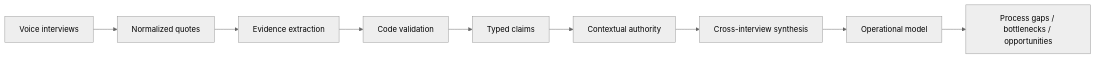
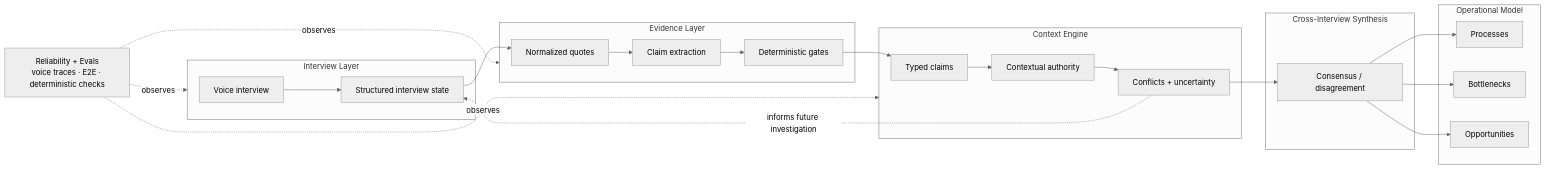
Before and after one commit to isidropasman/plexo-engineering: the diagram in README.md, drawn with Mermaid (neutral theme). The commit also changed other lines of this file, not shown here.

Commit message:
docs: make context engine the Plexo showcase thesis

````diff
--- a/README.md
+++ b/README.md
@@ -30,11 +21,44 @@
 ```mermaid
 flowchart LR
-    A[Voice interviews] --> B[Normalized quotes]
-    B --> C[Evidence extraction]
-    C --> D[Code validation]
-    D --> E[Typed claims]
-    E --> F[Contextual authority]
-    F --> G[Cross-interview synthesis]
-    G --> H[Operational model]
-    H --> I[Process gaps / bottlenecks / opportunities]
+    subgraph I[Interview Layer]
+      V[Voice interview]
+      S[Structured interview state]
+      V --> S
+    end
+
+    subgraph E[Evidence Layer]
+      Q[Normalized quotes]
+      X[Claim extraction]
+      G[Deterministic gates]
+      Q --> X --> G
+    end
+
+    subgraph C[Context Engine]
+      CL[Typed claims]
+      A[Contextual authority]
+      CF[Conflicts + uncertainty]
+      CL --> A --> CF
+    end
+
+    subgraph XS[Cross-Interview Synthesis]
+      SY[Consensus / disagreement]
+    end
+
+    subgraph O[Operational Model]
+      P[Processes]
+      B[Bottlenecks]
+      OP[Opportunities]
+    end
+
+    S --> Q
+    G --> CL
+    CF --> SY
+    SY --> P
+    SY --> B
+    SY --> OP
+    CF -. informs future investigation .-> S
+
+    R["Reliability + Evals\nvoice traces · E2E · deterministic checks"] -. observes .-> I
+    R -. observes .-> E
+    R -. observes .-> C
 ```
````
